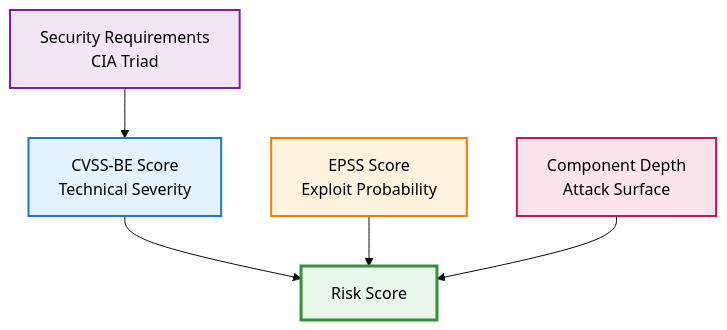
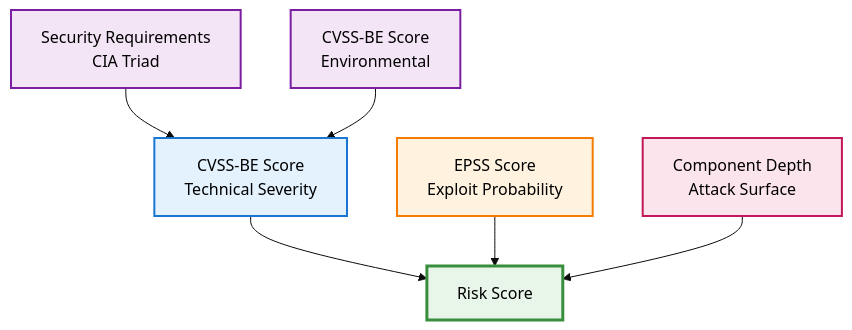
The diagram in src/pages/explanation/vulnerability-management/risk-assessment-methodology.mdx (l3montree-dev/devguard-documentation), drawn with Mermaid (base theme) before and after one commit. The commit also changed 2 other files, not shown here.

Commit message:
revision mermaid diagram

````diff
--- a/src/pages/explanation/vulnerability-management/risk-assessment-methodology.mdx
+++ b/src/pages/explanation/vulnerability-management/risk-assessment-methodology.mdx
@@ -19,13 +19,15 @@
 ```mermaid
 graph TD
-    A[CVSS-BE Score<br/>Technical Severity] --> E[Risk Score]
-    B[EPSS Score<br/>Exploit Probability] --> E
+    A[CVSS-BE Score<br/>Technical Severity] --> F[Risk Score]
+    B[EPSS Score<br/>Exploit Probability] --> F
     C[Security Requirements<br/>CIA Triad] --> A
-    D[Component Depth<br/>Attack Surface] --> E
+    D[Component Depth<br/>Attack Surface] --> F
+    E[CVSS-BE Score<br/>Environmental] --> A
     
     style A fill:#e3f2fd,stroke:#1976d2,stroke-width:2px,color:#000
     style B fill:#fff3e0,stroke:#f57c00,stroke-width:2px,color:#000
     style C fill:#f3e5f5,stroke:#7b1fa2,stroke-width:2px,color:#000
     style D fill:#fce4ec,stroke:#c2185b,stroke-width:2px,color:#000
-    style E fill:#e8f5e9,stroke:#388e3c,stroke-width:3px,color:#000
+    style E fill:#f3e5f5,stroke:#7b1fa2,stroke-width:2px,color:#000
+    style F fill:#e8f5e9,stroke:#388e3c,stroke-width:3px,color:#000
 ```
````
